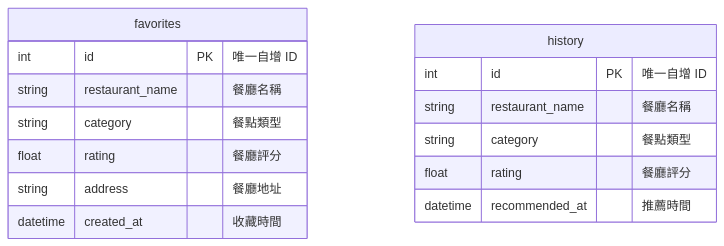
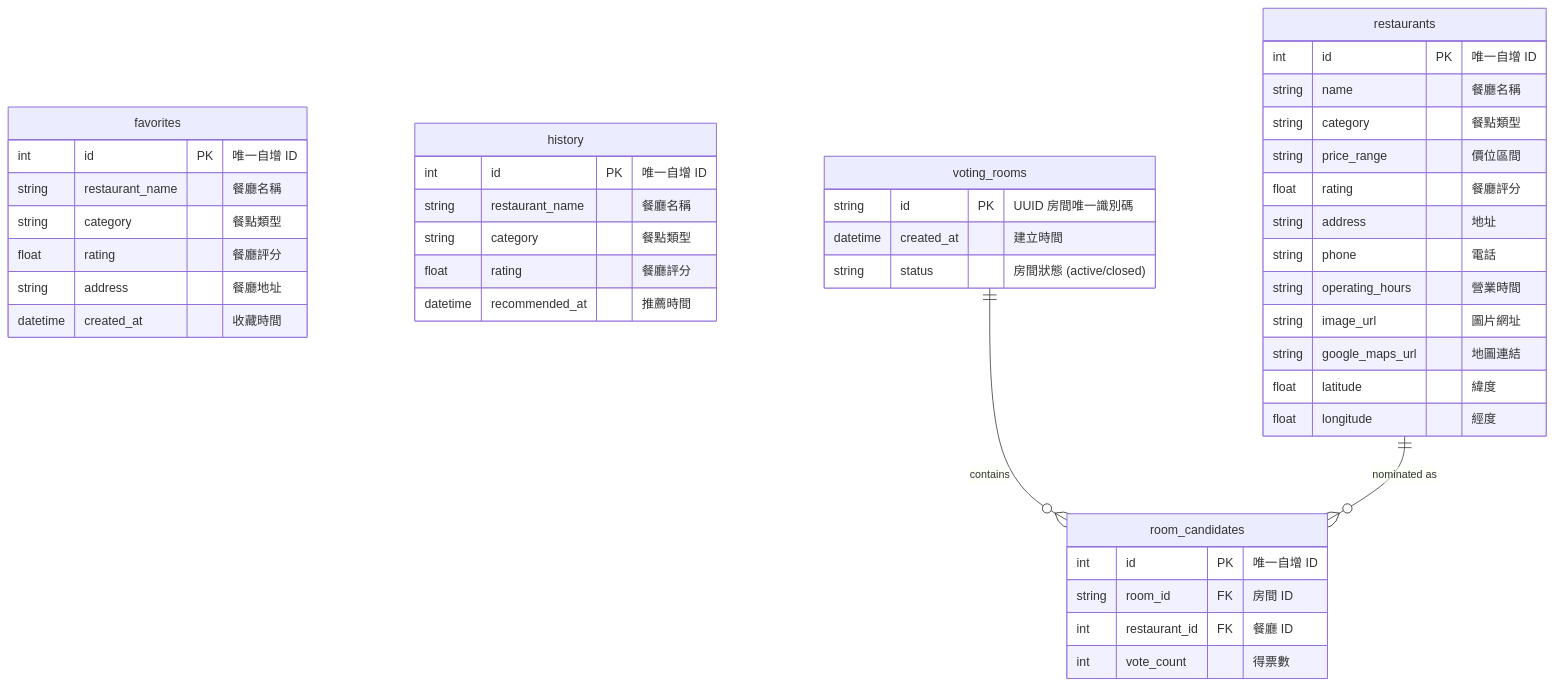
The diagram in docs/DB_DESIGN.md (D1473117/very-good), drawn with Mermaid before and after one commit. The commit also changed other lines of this file and 11 other files, not shown here.

````diff
--- a/docs/DB_DESIGN.md
+++ b/docs/DB_DESIGN.md
@@ -13,19 +13,50 @@
 ```mermaid
 erDiagram
     favorites {
         int id PK "唯一自增 ID"
         string restaurant_name "餐廳名稱"
         string category "餐點類型"
         float rating "餐廳評分"
         string address "餐廳地址"
         datetime created_at "收藏時間"
     }
 
     history {
         int id PK "唯一自增 ID"
         string restaurant_name "餐廳名稱"
         string category "餐點類型"
         float rating "餐廳評分"
         datetime recommended_at "推薦時間"
     }
+
+    restaurants {
+        int id PK "唯一自增 ID"
+        string name "餐廳名稱"
+        string category "餐點類型"
+        string price_range "價位區間"
+        float rating "餐廳評分"
+        string address "地址"
+        string phone "電話"
+        string operating_hours "營業時間"
+        string image_url "圖片網址"
+        string google_maps_url "地圖連結"
+        float latitude "緯度"
+        float longitude "經度"
+    }
+
+    voting_rooms {
+        string id PK "UUID 房間唯一識別碼"
+        datetime created_at "建立時間"
+        string status "房間狀態 (active/closed)"
+    }
+
+    room_candidates {
+        int id PK "唯一自增 ID"
+        string room_id FK "房間 ID"
+        int restaurant_id FK "餐廳 ID"
+        int vote_count "得票數"
+    }
+
+    voting_rooms ||--o{ room_candidates : "contains"
+    restaurants ||--o{ room_candidates : "nominated as"
 ```
````
